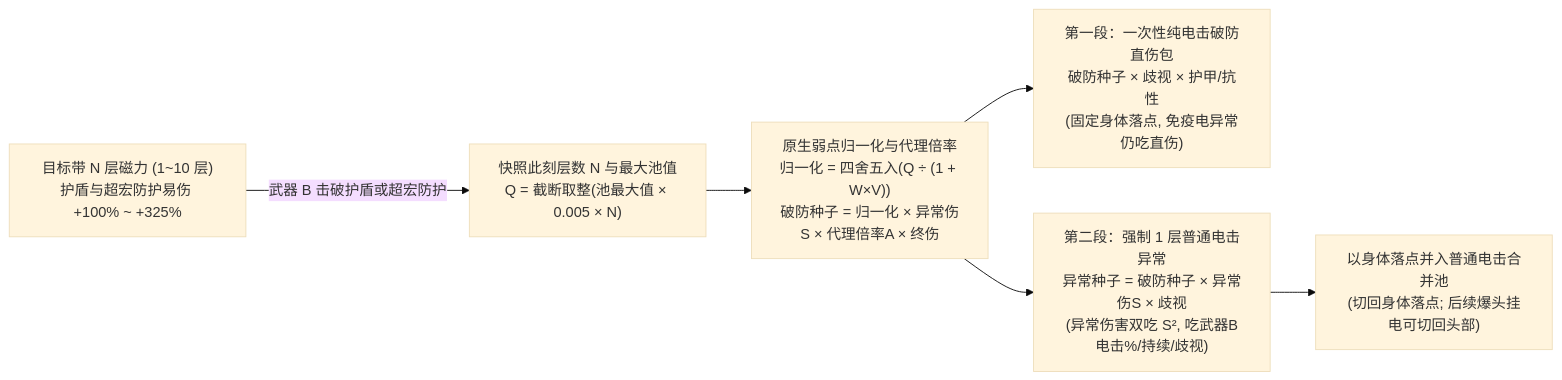
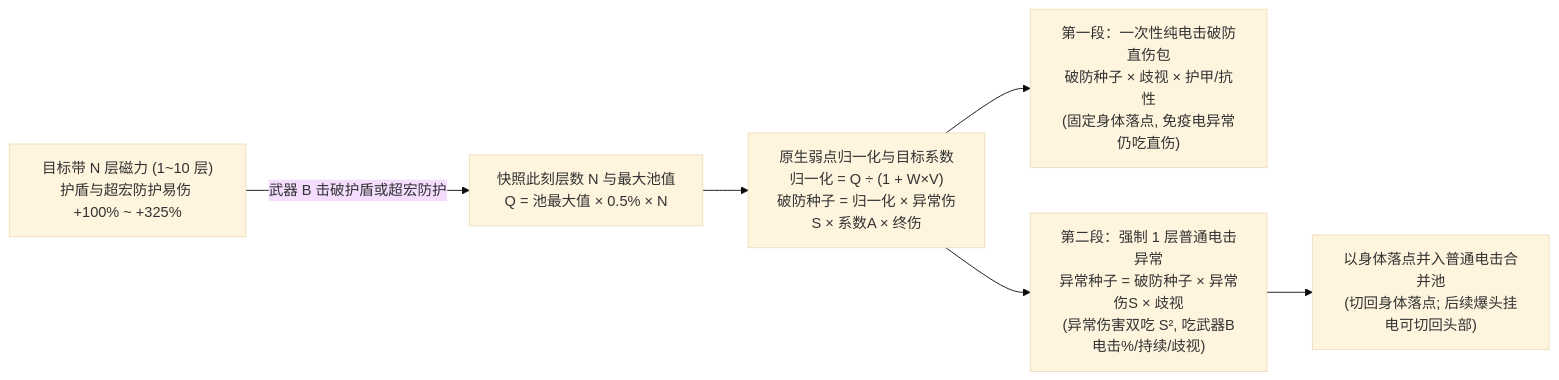
The second of 2 diagrams in docs/mechanics/zh/magnetic-electricity.md (magenie33/wfsim), drawn with Mermaid (base theme) before and after one commit. The commit also changed other lines of this file and 5 other files, not shown here.

````diff
--- a/docs/mechanics/zh/magnetic-electricity.md
+++ b/docs/mechanics/zh/magnetic-electricity.md
@@ -133,8 +132,8 @@
 ```mermaid
 flowchart LR
-    A["目标带 N 层磁力 (1~10 层)<br/>护盾与超宏防护易伤 +100% ~ +325%"] -->|"武器 B 击破护盾或超宏防护"| B["快照此刻层数 N 与最大池值<br/>Q = 截断取整(池最大值 × 0.005 × N)"]
-    B --> C["原生弱点归一化与代理倍率<br/>归一化 = 四舍五入(Q ÷ (1 + W×V))<br/>破防种子 = 归一化 × 异常伤S × 代理倍率A × 终伤"]
+    A["目标带 N 层磁力 (1~10 层)<br/>护盾与超宏防护易伤 +100% ~ +325%"] -->|"武器 B 击破护盾或超宏防护"| B["快照此刻层数 N 与最大池值<br/>Q = 池最大值 × 0.5% × N"]
+    B --> C["原生弱点归一化与目标系数<br/>归一化 = Q ÷ (1 + W×V)<br/>破防种子 = 归一化 × 异常伤S × 系数A × 终伤"]
     C --> D1["第一段：一次性纯电击破防直伤包<br/>破防种子 × 歧视 × 护甲/抗性<br/>(固定身体落点, 免疫电异常仍吃直伤)"]
     C --> D2["第二段：强制 1 层普通电击异常<br/>异常种子 = 破防种子 × 异常伤S × 歧视<br/>(异常伤害双吃 S², 吃武器B电击%/持续/歧视)"]
     D2 --> E["以身体落点并入普通电击合并池<br/>(切回身体落点; 后续爆头挂电可切回头部)"]
 ```
````
